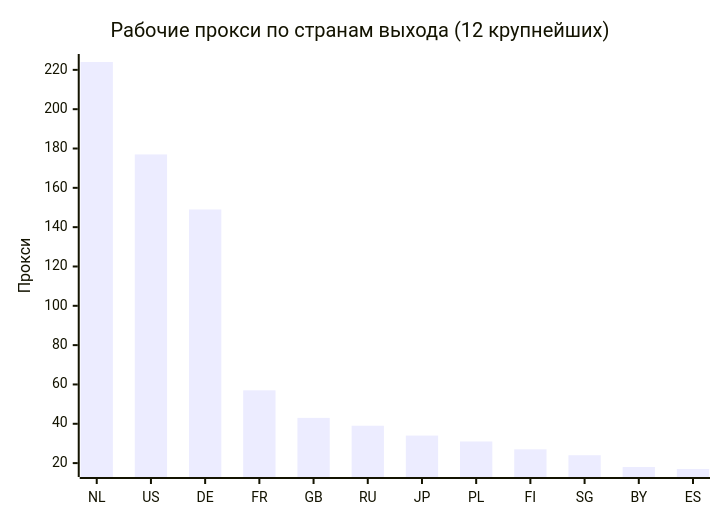
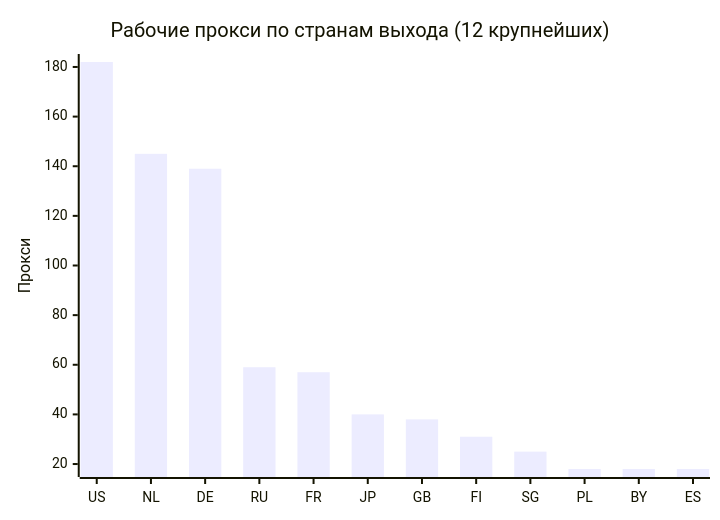
One commit to rvvg/proxy-subs changed the second of 4 diagrams in README.md. Above: the diagram before and after it, drawn with Mermaid. The commit also changed other lines of this file and 49 other files, not shown here.

````diff
--- a/README.md
+++ b/README.md
@@ -130,7 +127,7 @@
 ```mermaid
 xychart-beta
     title "Рабочие прокси по странам выхода (12 крупнейших)"
-    x-axis ["NL", "US", "DE", "FR", "GB", "RU", "JP", "PL", "FI", "SG", "BY", "ES"]
+    x-axis ["US", "NL", "DE", "RU", "FR", "JP", "GB", "FI", "SG", "PL", "BY", "ES"]
     y-axis "Прокси"
-    bar [224, 177, 149, 57, 43, 39, 34, 31, 27, 24, 18, 17]
+    bar [182, 145, 139, 59, 57, 40, 38, 31, 25, 18, 18, 18]
 ```
````
